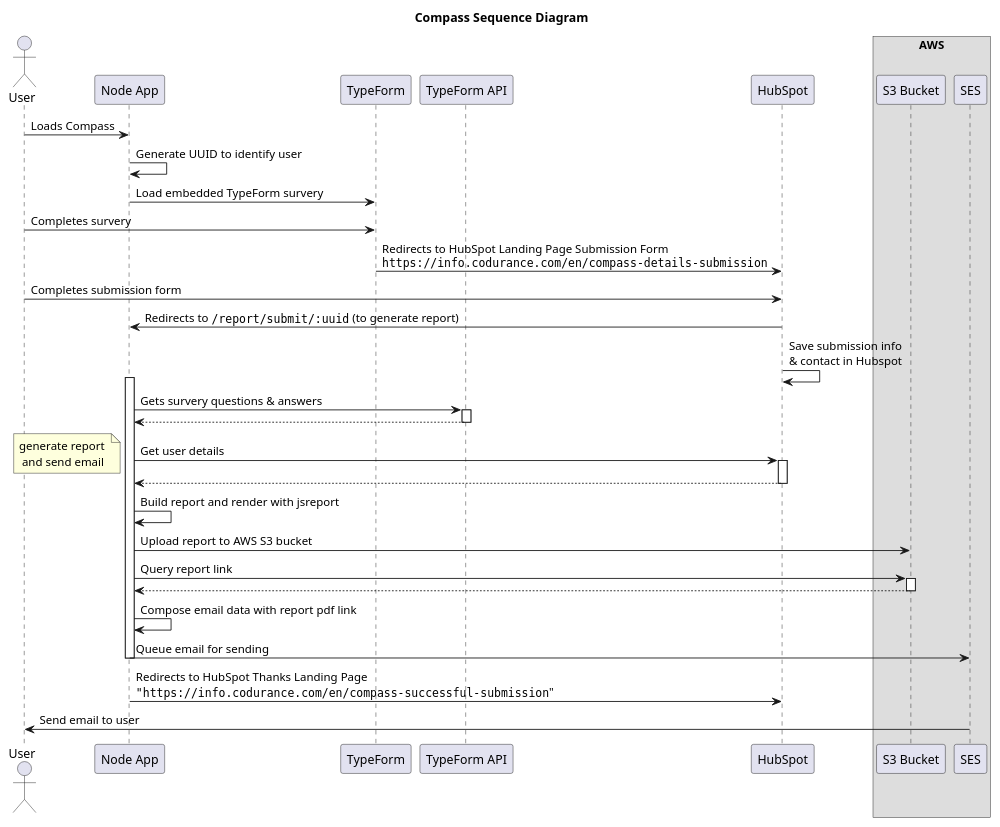
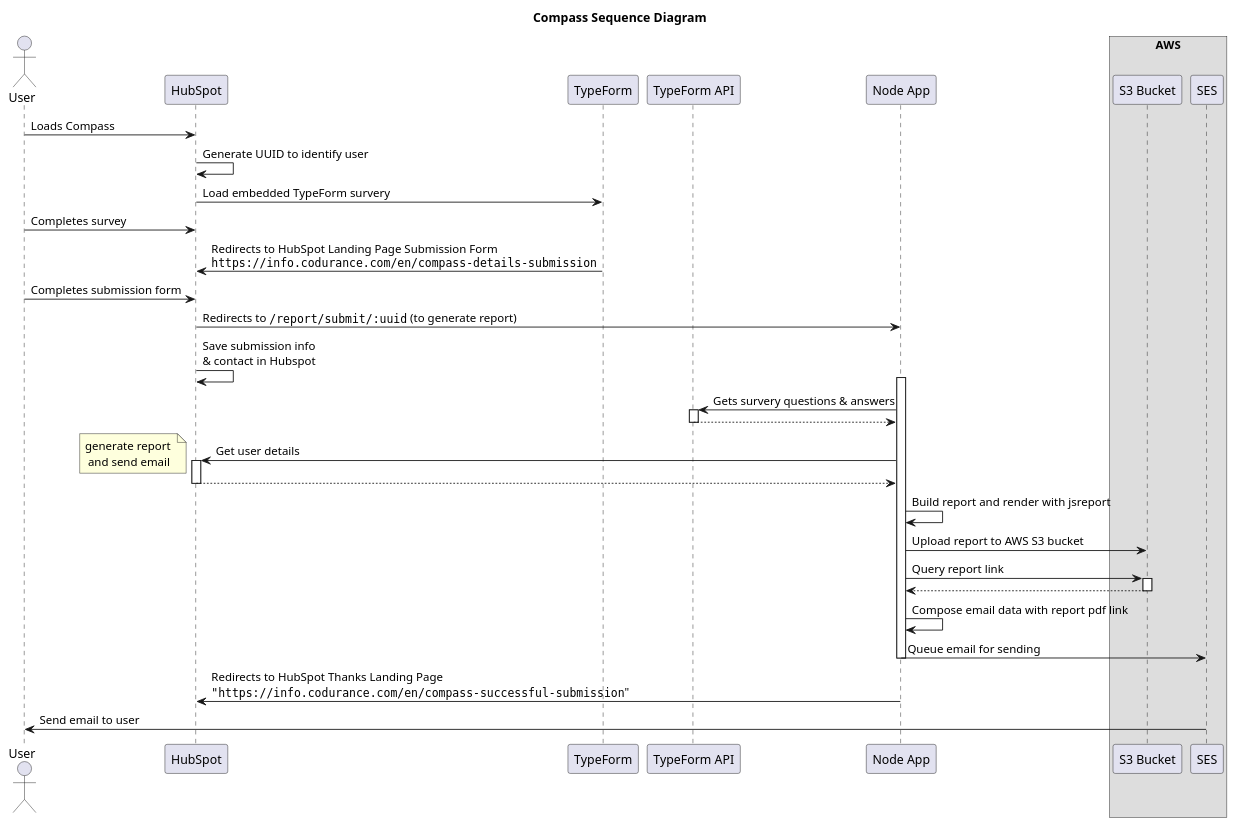
The diagram in docs/diagrams/src/sequence-diagram.puml (codurance/soft-mod-compass), drawn with PlantUML before and after one commit.

Commit message:
Update sequence diagram

```diff
--- a/docs/diagrams/src/sequence-diagram.puml
+++ b/docs/diagrams/src/sequence-diagram.puml
@@ -1,43 +1,43 @@
 @startuml
 skinparam BoxPadding 10
 title Compass Sequence Diagram
 
 actor "User"
-participant "Node App" as NodeApp
+participant "HubSpot"
 participant "TypeForm" as TypeForm
 participant "TypeForm API" as TypeFormApi
-participant "HubSpot"
+participant "Node App" as NodeApp
 box AWS
 participant "S3 Bucket" as s3
 participant "SES"
 end box
-User -> NodeApp: Loads Compass
-NodeApp -> NodeApp: Generate UUID to identify user
-NodeApp -> TypeForm: Load embedded TypeForm survery
-User -> TypeForm: Completes survery
+User -> HubSpot: Loads Compass
+HubSpot -> HubSpot: Generate UUID to identify user
+HubSpot -> TypeForm: Load embedded TypeForm survery
+User -> HubSpot: Completes survey
 TypeForm -> HubSpot: Redirects to HubSpot Landing Page Submission Form\n""https://info.codurance.com/en/compass-details-submission""
 User -> HubSpot: Completes submission form
 NodeApp <- HubSpot: Redirects to ""/report/submit/:uuid"" (to generate report)
 HubSpot -> HubSpot: Save submission info \n& contact in Hubspot
 activate NodeApp
 NodeApp -> TypeFormApi: Gets survery questions & answers
 activate TypeFormApi
 NodeApp <--TypeFormApi
 deactivate TypeFormApi
 NodeApp -> HubSpot: Get user details
 note left: generate report \n and send email 
 activate HubSpot
 NodeApp <-- HubSpot
 deactivate HubSpot
 NodeApp -> NodeApp: Build report and render with jsreport
 NodeApp -> s3: Upload report to AWS S3 bucket
 NodeApp -> s3: Query report link
 activate s3
 NodeApp <-- s3:
 deactivate s3
 NodeApp -> NodeApp: Compose email data with report pdf link
 NodeApp -> SES: Queue email for sending
 deactivate NodeApp
 NodeApp -> HubSpot: Redirects to HubSpot Thanks Landing Page\n"""https://info.codurance.com/en/compass-successful-submission"""
 SES -> User: Send email to user
 @enduml
```
